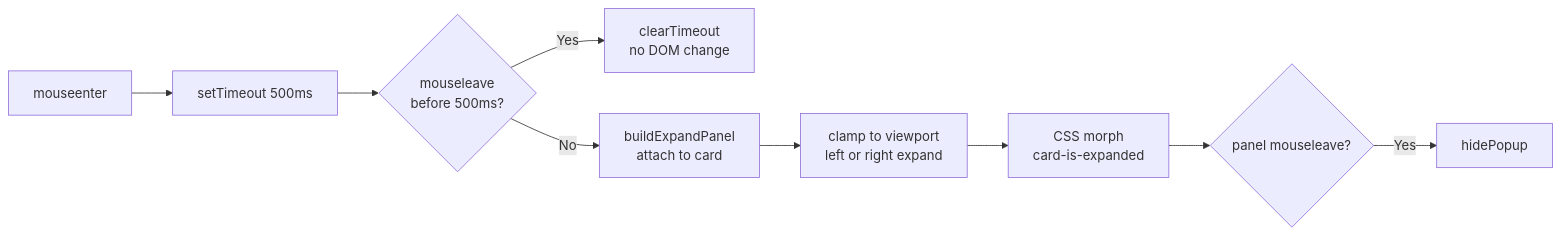
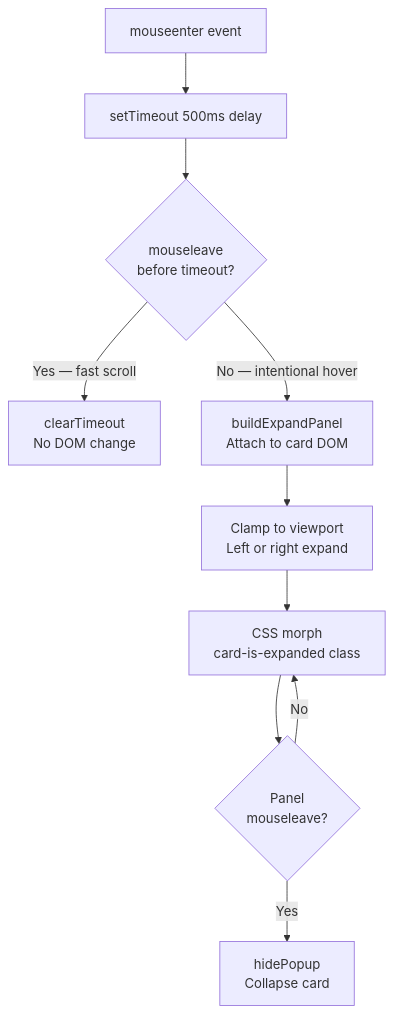
One commit to 4-thkind/Movie-Recommendation-Model changed the fifth of 10 diagrams in README.md. Above: the diagram before and after it, drawn with Mermaid. The commit also changed other lines of this file, not shown here.

````diff
--- a/README.md
+++ b/README.md
@@ -262,11 +295,15 @@
 ```mermaid
-flowchart LR
-    A[mouseenter] --> B[setTimeout 500ms]
-    B --> C{mouseleave\nbefore 500ms?}
-    C -->|Yes| D[clearTimeout\nno DOM change]
-    C -->|No| E[buildExpandPanel\nattach to card]
-    E --> F[clamp to viewport\nleft or right expand]
-    F --> G[CSS morph\ncard-is-expanded]
-    G --> H{panel mouseleave?}
-    H -->|Yes| I[hidePopup]
+flowchart TD
+    A[mouseenter event] --> B[setTimeout 500ms delay]
+    B --> C{mouseleave\nbefore timeout?}
+
+    C -->|Yes — fast scroll| D[clearTimeout\nNo DOM change]
+    C -->|No — intentional hover| E[buildExpandPanel\nAttach to card DOM]
+
+    E --> F[Clamp to viewport\nLeft or right expand]
+    F --> G[CSS morph\ncard-is-expanded class]
+
+    G --> H{Panel\nmouseleave?}
+    H -->|Yes| I[hidePopup\nCollapse card]
+    H -->|No| G
 ```
````
